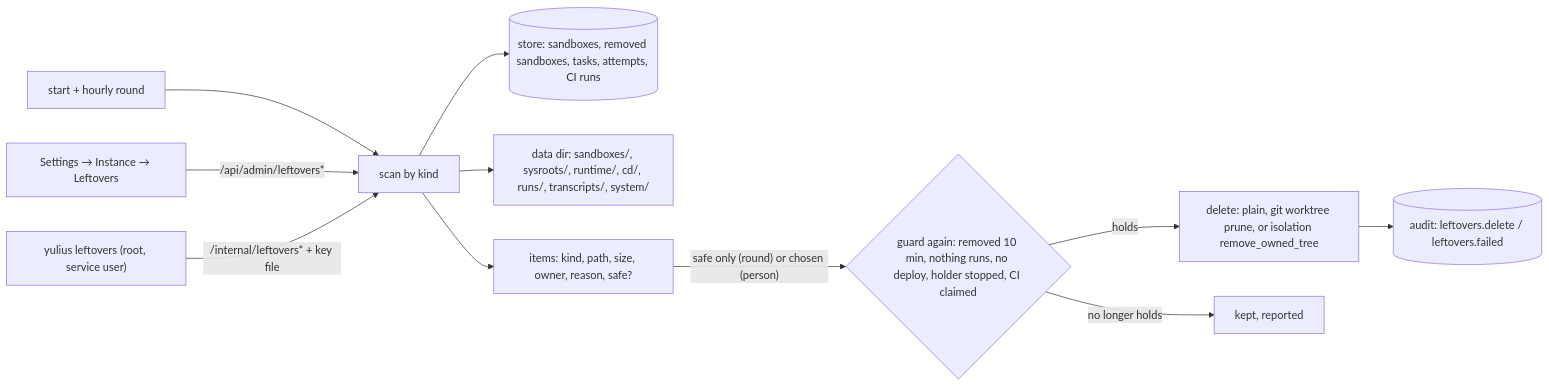
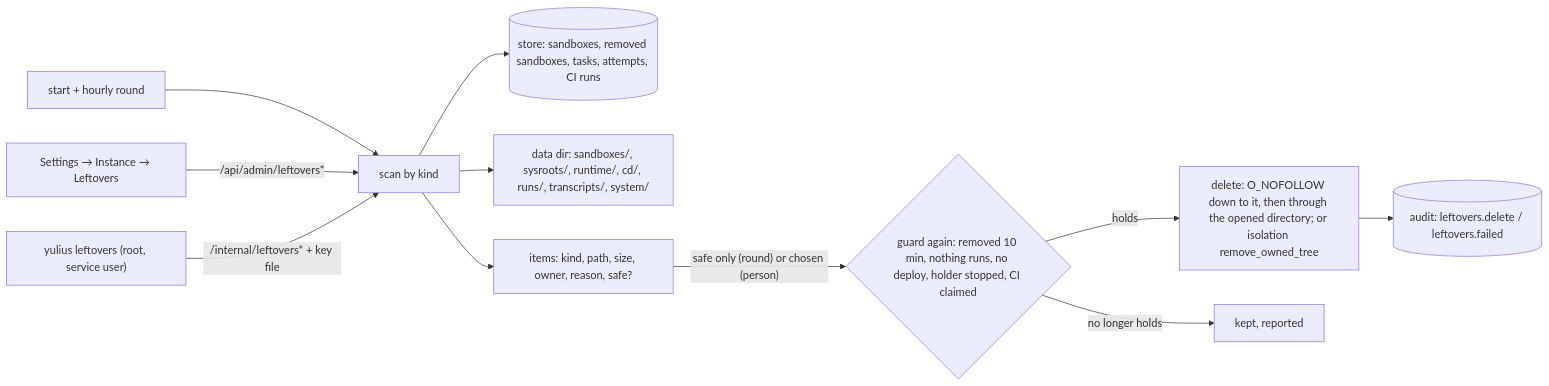
One commit to Quartio-Studio/yulius changed the ninth of 44 diagrams in docs/architecture.md. Above: the diagram before and after it, drawn with Mermaid. The commit also changed other lines of this file and 6 other files, not shown here.

First line of the commit message:
fix(leftovers): remove through O_NOFOLLOW directory handles

````diff
--- a/docs/architecture.md
+++ b/docs/architecture.md
@@ -309,13 +311,13 @@
 ```mermaid
 flowchart LR
   T["start + hourly round"] --> SC["scan by kind"]
   UI["Settings → Instance → Leftovers"] -->|"/api/admin/leftovers*"| SC
   CLI["yulius leftovers (root, service user)"] -->|"/internal/leftovers* + key file"| SC
   SC --> ST[("store: sandboxes, removed sandboxes, tasks, attempts, CI runs")]
   SC --> FS["data dir: sandboxes/, sysroots/, runtime/, cd/, runs/, transcripts/, system/"]
   SC --> L["items: kind, path, size, owner, reason, safe?"]
   L -->|"safe only (round) or chosen (person)"| G{"guard again: removed 10 min, nothing runs, no deploy, holder stopped, CI claimed"}
-  G -->|"holds"| D["delete: plain, git worktree prune, or isolation remove_owned_tree"]
+  G -->|"holds"| D["delete: O_NOFOLLOW down to it, then through the opened directory; or isolation remove_owned_tree"]
   G -->|"no longer holds"| K["kept, reported"]
   D --> A[("audit: leftovers.delete / leftovers.failed")]
 ```
````
